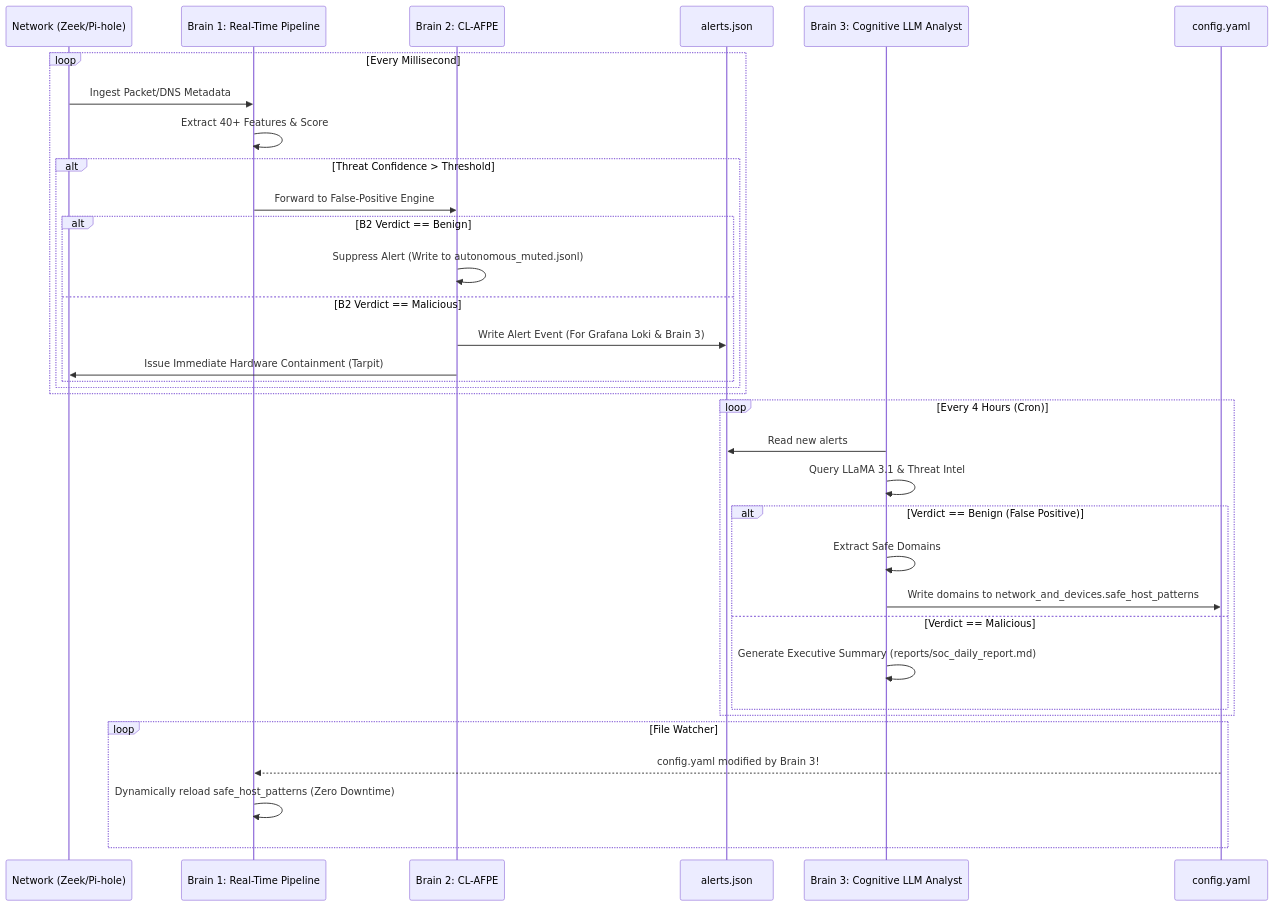
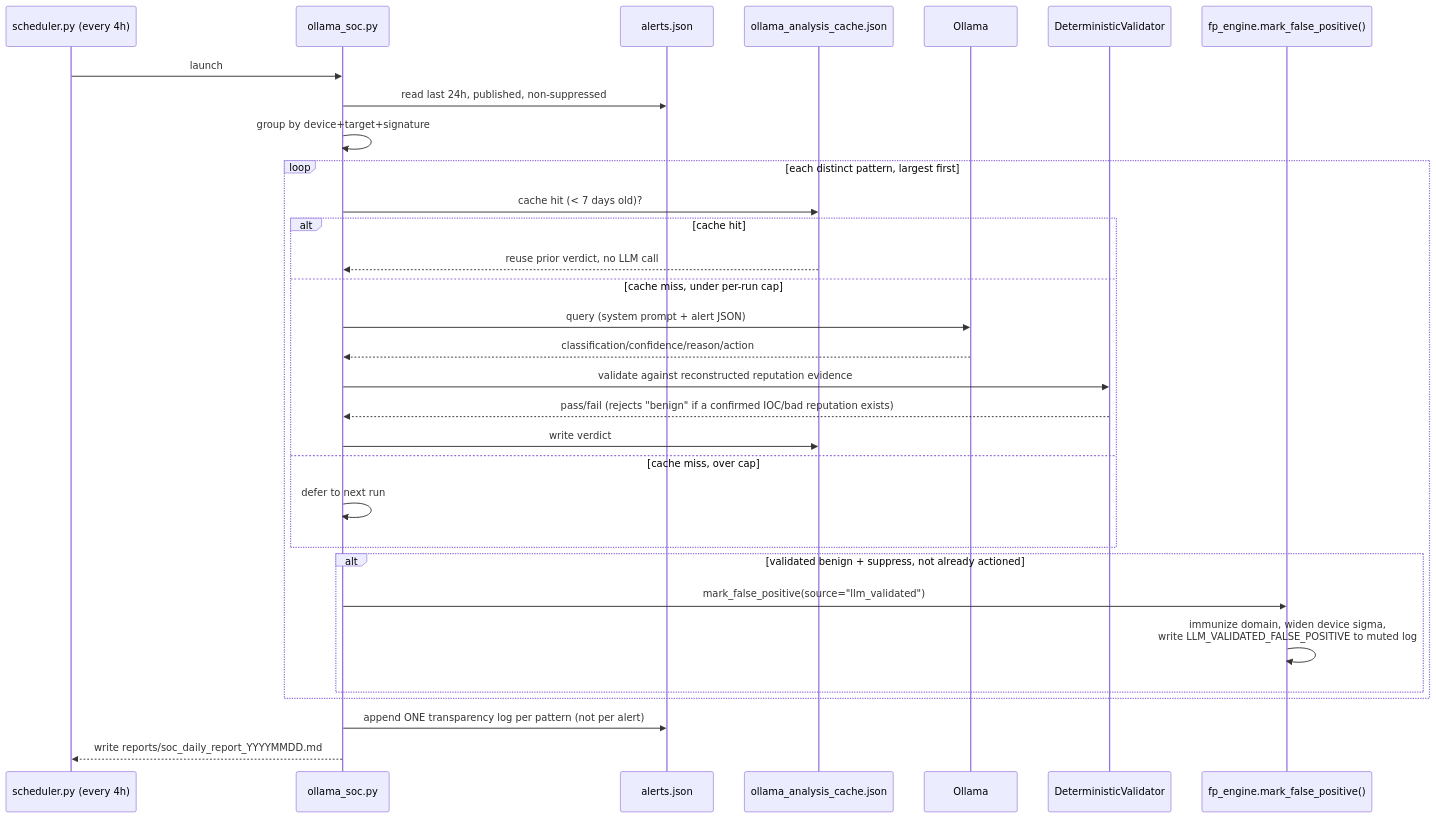
Before and after one commit to gsaket-sky/home-ids: the third of 4 diagrams in Doku/USER_MANUAL.md, drawn with Mermaid. The commit also changed other lines of this file and 24 other files, not shown here.

````diff
--- a/Doku/USER_MANUAL.md
+++ b/Doku/USER_MANUAL.md
@@ -49,42 +103,34 @@
 ```mermaid
 sequenceDiagram
-    participant Net as Network (Zeek/Pi-hole)
-    participant B1 as Brain 1: Real-Time Pipeline
-    participant B2 as Brain 2: CL-AFPE
-    participant Alert as alerts.json
-    participant B3 as Brain 3: Cognitive LLM Analyst
-    participant Cfg as config.yaml
+    participant Sched as scheduler.py (every 4h)
+    participant OS as ollama_soc.py
+    participant Alerts as alerts.json
+    participant Cache as ollama_analysis_cache.json
+    participant LLM as Ollama
+    participant Val as DeterministicValidator
+    participant FP as fp_engine.mark_false_positive()
 
-    %% Real-time flow
-    loop Every Millisecond
-        Net->>B1: Ingest Packet/DNS Metadata
-        B1->>B1: Extract 40+ Features & Score
-        alt Threat Confidence > Threshold
-            B1->>B2: Forward to False-Positive Engine
-            alt B2 Verdict == Benign
-                B2->>B2: Suppress Alert (Write to autonomous_muted.jsonl)
-            else B2 Verdict == Malicious
-                B2->>Alert: Write Alert Event (For Grafana Loki & Brain 3)
-                B2->>Net: Issue Immediate Hardware Containment (Tarpit)
-            end
+    Sched->>OS: launch
+    OS->>Alerts: read last 24h, published, non-suppressed
+    OS->>OS: group by device+target+signature
+    loop each distinct pattern, largest first
+        OS->>Cache: cache hit (< 7 days old)?
+        alt cache hit
+            Cache-->>OS: reuse prior verdict, no LLM call
+        else cache miss, under per-run cap
+            OS->>LLM: query (system prompt + alert JSON)
+            LLM-->>OS: classification/confidence/reason/action
+            OS->>Val: validate against reconstructed reputation evidence
+            Val-->>OS: pass/fail (rejects "benign" if a confirmed IOC/bad reputation exists)
+            OS->>Cache: write verdict
+        else cache miss, over cap
+            OS->>OS: defer to next run
+        end
+        alt validated benign + suppress, not already actioned
+            OS->>FP: mark_false_positive(source="llm_validated")
+            FP->>FP: immunize domain, widen device sigma,<br/>write LLM_VALIDATED_FALSE_POSITIVE to muted log
         end
     end
-
-    %% Background Scheduled Flow
-    loop Every 4 Hours (Cron)
-        B3->>Alert: Read new alerts
-        B3->>B3: Query LLaMA 3.1 & Threat Intel
-        alt Verdict == Benign (False Positive)
-            B3->>B3: Extract Safe Domains
-            B3->>Cfg: Write domains to network_and_devices.safe_host_patterns
-        else Verdict == Malicious
-            B3->>B3: Generate Executive Summary (reports/soc_daily_report.md)
-        end
-    end
-
-    %% Configuration Live Reload (Brain 3 Training Brain 1)
-    loop File Watcher
-        Cfg-->>B1: config.yaml modified by Brain 3!
-        B1->>B1: Dynamically reload safe_host_patterns (Zero Downtime)
-    end
+    OS->>Alerts: append ONE transparency log per pattern (not per alert)
+    OS-->>Sched: write reports/soc_daily_report_YYYYMMDD.md
 ```
````
